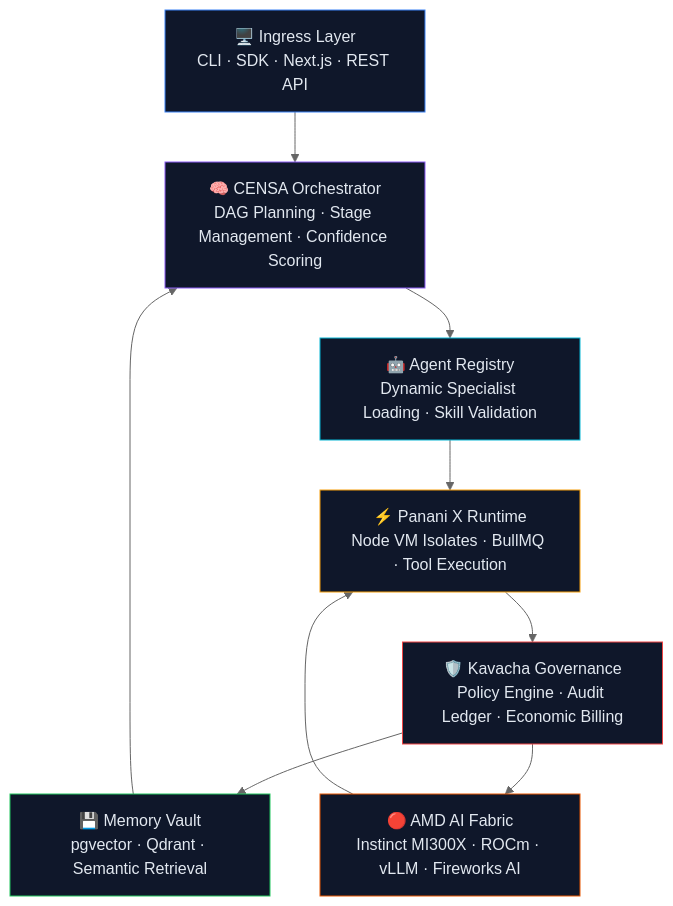
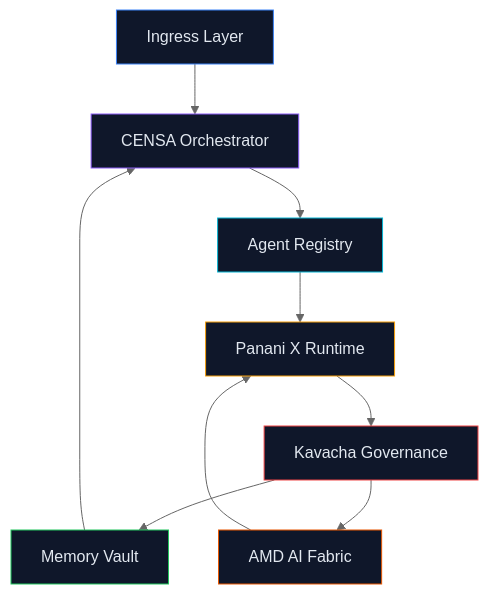
One commit to RE-EVOLVE-ON-HGI/re-evolve-hgi-amd-act2 changed the first of 4 diagrams in README.md. Above: the diagram before and after it, drawn with Mermaid (neutral theme). The commit also changed other lines of this file, not shown here.

Commit message:
style: stabilize all Mermaid diagrams for GitHub rendering compatibility

````diff
--- a/README.md
+++ b/README.md
@@ -57,19 +57,19 @@
 ```mermaid
 graph TD
-    A["🖥️ Ingress Layer\nCLI · SDK · Next.js · REST API"] --> B["🧠 CENSA Orchestrator\nDAG Planning · Stage Management · Confidence Scoring"]
-    B --> C["🤖 Agent Registry\nDynamic Specialist Loading · Skill Validation"]
-    C --> D["⚡ Panani X Runtime\nNode VM Isolates · BullMQ · Tool Execution"]
-    D --> E["🛡️ Kavacha Governance\nPolicy Engine · Audit Ledger · Economic Billing"]
-    E --> F1["💾 Memory Vault\npgvector · Qdrant · Semantic Retrieval"]
-    E --> F2["🔴 AMD AI Fabric\nInstinct MI300X · ROCm · vLLM · Fireworks AI"]
+    A[Ingress Layer] --> B[CENSA Orchestrator]
+    B --> C[Agent Registry]
+    C --> D[Panani X Runtime]
+    D --> E[Kavacha Governance]
+    E --> F1[Memory Vault]
+    E --> F2[AMD AI Fabric]
     F1 --> B
     F2 --> D
 
     style A fill:#0f172a,stroke:#3b82f6,color:#e2e8f0
     style B fill:#0f172a,stroke:#8b5cf6,color:#e2e8f0
     style C fill:#0f172a,stroke:#06b6d4,color:#e2e8f0
     style D fill:#0f172a,stroke:#f59e0b,color:#e2e8f0
     style E fill:#0f172a,stroke:#ef4444,color:#e2e8f0
     style F1 fill:#0f172a,stroke:#22c55e,color:#e2e8f0
     style F2 fill:#0f172a,stroke:#e85600,color:#e2e8f0
 ```
````
